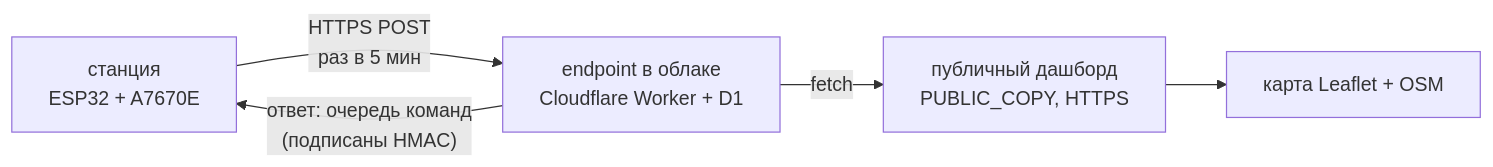
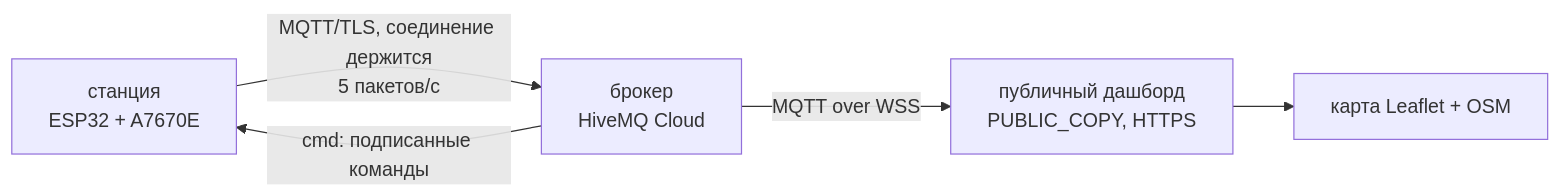
One commit to temafey/ArduinoWindStation changed the second of 2 diagrams in tasks/10-a7670e-4g-gps.md. Above: the diagram before and after it, drawn with Mermaid. The commit also changed other lines of this file and 9 other files, not shown here.

````diff
--- a/tasks/10-a7670e-4g-gps.md
+++ b/tasks/10-a7670e-4g-gps.md
@@ -854,7 +1010,7 @@
 ```mermaid
 flowchart LR
-  ST["станция<br/>ESP32 + A7670E"] -->|"HTTPS POST<br/>раз в 5 мин"| EP["endpoint в облаке<br/>Cloudflare Worker + D1"]
-  EP -->|"ответ: очередь команд<br/>(подписаны HMAC)"| ST
-  EP -->|"fetch"| PUB["публичный дашборд<br/>PUBLIC_COPY, HTTPS"]
+  ST["станция<br/>ESP32 + A7670E"] -->|"MQTT/TLS, соединение держится<br/>5 пакетов/с"| BR["брокер<br/>HiveMQ Cloud"]
+  BR -->|"cmd: подписанные команды"| ST
+  BR -->|"MQTT over WSS"| PUB["публичный дашборд<br/>PUBLIC_COPY, HTTPS"]
   PUB --> MAP["карта Leaflet + OSM"]
 ```
````
